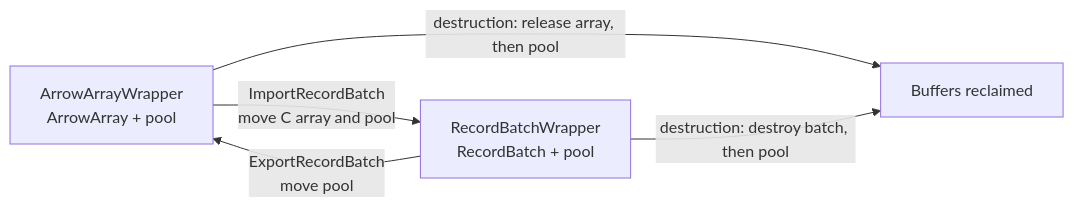
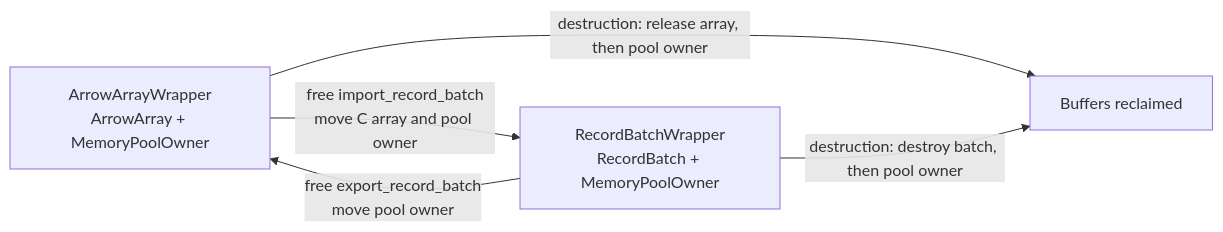
Before and after one commit to exasol/udf-runner-cpp: the diagram in doc/design/v2/runner/arrow_batch_ownership.md, drawn with Mermaid. The commit also changed other lines of this file and 2 other files, not shown here.

````diff
--- a/doc/design/v2/runner/arrow_batch_ownership.md
+++ b/doc/design/v2/runner/arrow_batch_ownership.md
@@ -45,7 +59,7 @@
 ```mermaid
 flowchart LR
-    C[ArrowArrayWrapper<br/>ArrowArray + pool] -->|ImportRecordBatch<br/>move C array and pool| B[RecordBatchWrapper<br/>RecordBatch + pool]
-    B -->|ExportRecordBatch<br/>move pool| C
-    C -->|destruction: release array, then pool| D[Buffers reclaimed]
-    B -->|destruction: destroy batch, then pool| D
+    C[ArrowArrayWrapper<br/>ArrowArray + MemoryPoolOwner] -->|free import_record_batch<br/>move C array and pool owner| B[RecordBatchWrapper<br/>RecordBatch + MemoryPoolOwner]
+    B -->|free export_record_batch<br/>move pool owner| C
+    C -->|destruction: release array, then pool owner| D[Buffers reclaimed]
+    B -->|destruction: destroy batch, then pool owner| D
 ```
````
